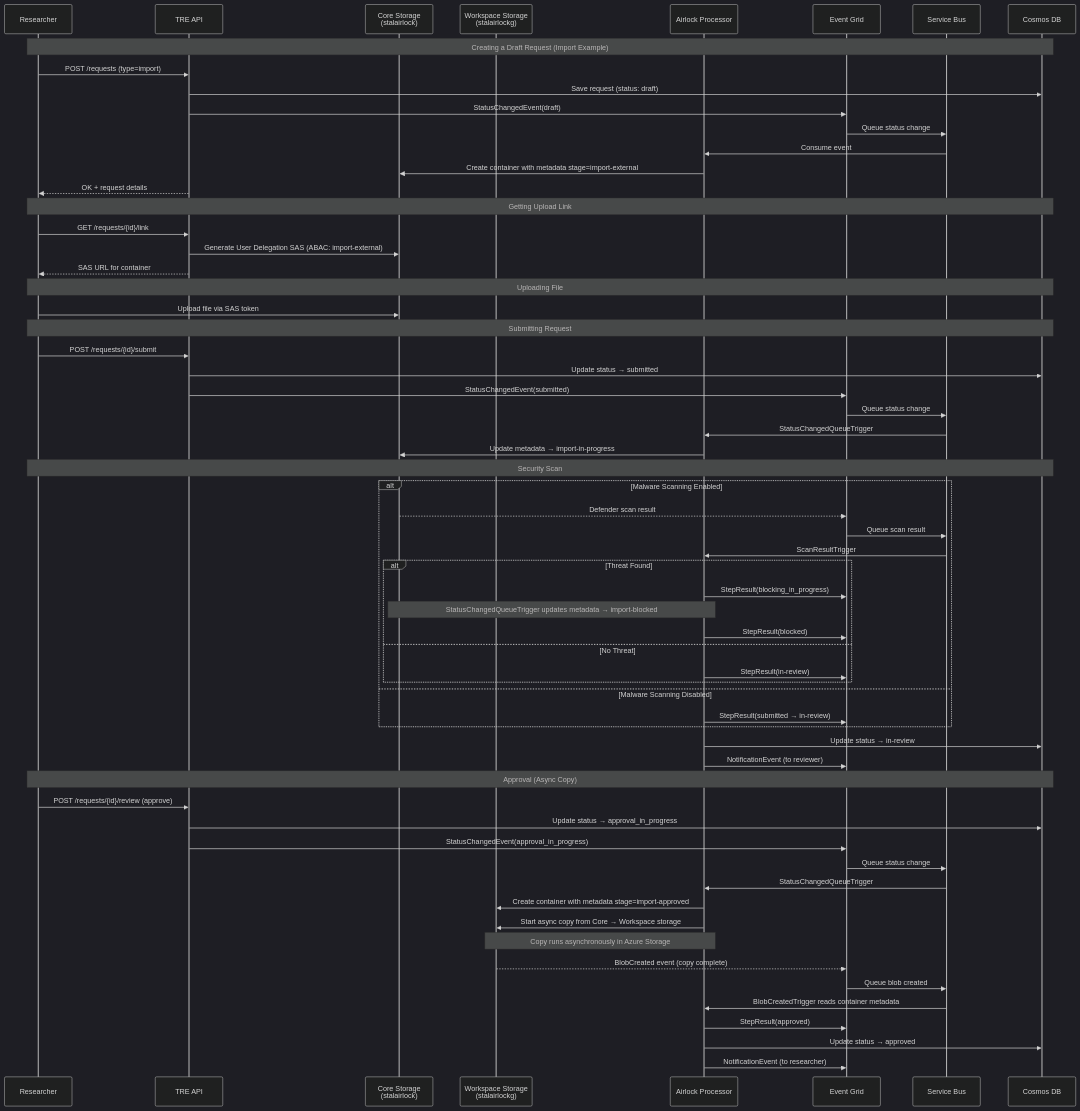
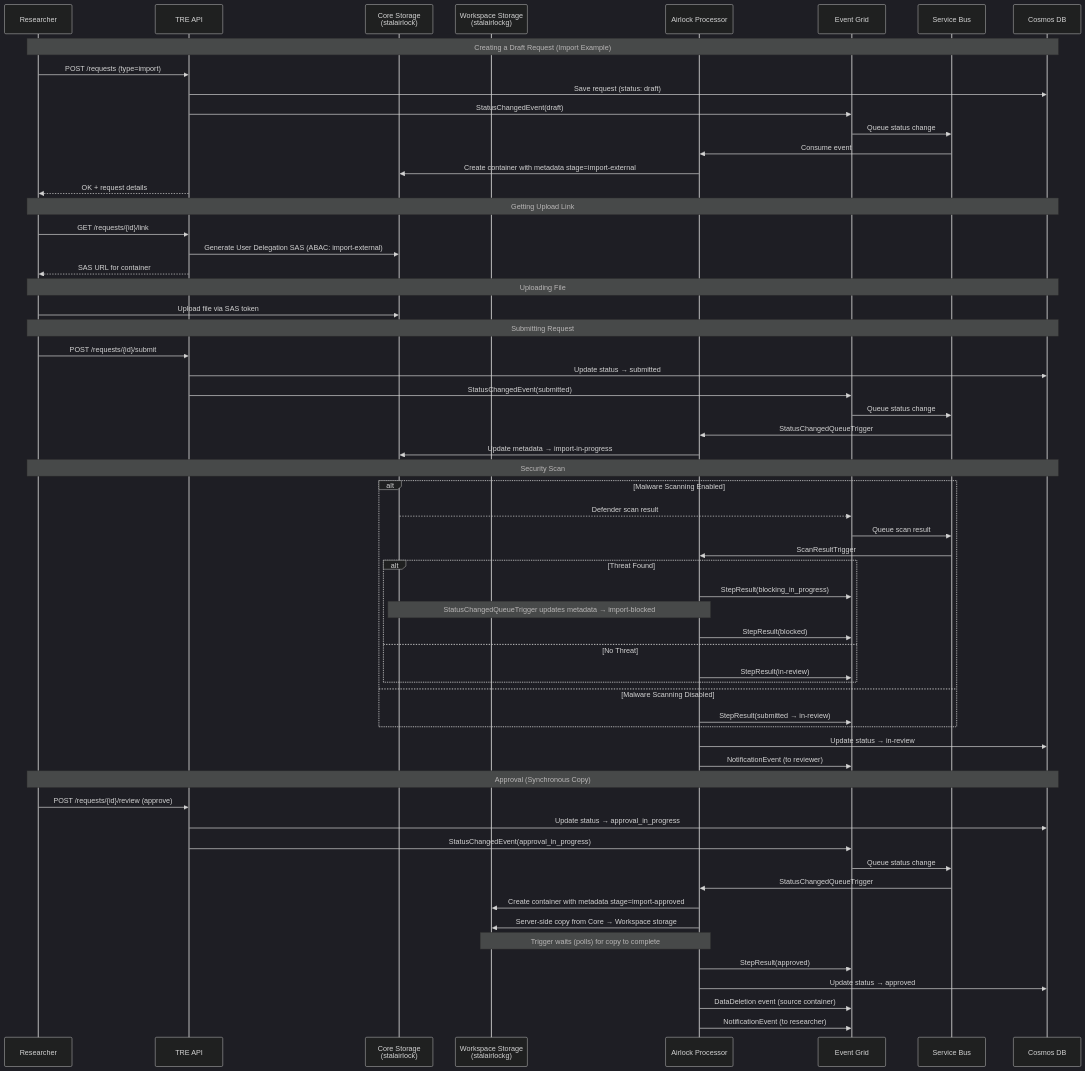
Before and after one commit to microsoft/AzureTRE: the sixth of 7 diagrams in docs/azure-tre-overview/airlock.md, drawn with Mermaid (dark theme). The commit also changed other lines of this file, not shown here.

Commit message:
Update airlock v2 docs to describe synchronous cross-account copy completion

````diff
--- a/docs/azure-tre-overview/airlock.md
+++ b/docs/azure-tre-overview/airlock.md
@@ -388,70 +388,68 @@
 ```mermaid
 sequenceDiagram
     participant R as Researcher
     participant API as TRE API
     participant CS as Core Storage<br/>(stalairlock)
     participant WS as Workspace Storage<br/>(stalairlockg)
     participant AP as Airlock Processor
     participant EG as Event Grid
     participant SB as Service Bus
     participant DB as Cosmos DB
 
     Note over R,DB: Creating a Draft Request (Import Example)
     R->>API: POST /requests (type=import)
     API->>DB: Save request (status: draft)
     API->>EG: StatusChangedEvent(draft)
     EG->>SB: Queue status change
     SB->>AP: Consume event
     AP->>CS: Create container with metadata stage=import-external
     API-->>R: OK + request details
 
     Note over R,DB: Getting Upload Link
     R->>API: GET /requests/{id}/link
     API->>CS: Generate User Delegation SAS (ABAC: import-external)
     API-->>R: SAS URL for container
 
     Note over R,DB: Uploading File
     R->>CS: Upload file via SAS token
 
     Note over R,DB: Submitting Request
     R->>API: POST /requests/{id}/submit
     API->>DB: Update status → submitted
     API->>EG: StatusChangedEvent(submitted)
     EG->>SB: Queue status change
     SB->>AP: StatusChangedQueueTrigger
     AP->>CS: Update metadata → import-in-progress
 
     Note over R,DB: Security Scan
     alt Malware Scanning Enabled
         CS-->>EG: Defender scan result
         EG->>SB: Queue scan result
         SB->>AP: ScanResultTrigger
         alt Threat Found
             AP->>EG: StepResult(blocking_in_progress)
             Note over AP,CS: StatusChangedQueueTrigger updates metadata → import-blocked
             AP->>EG: StepResult(blocked)
         else No Threat
             AP->>EG: StepResult(in-review)
         end
     else Malware Scanning Disabled
         AP->>EG: StepResult(submitted → in-review)
     end
     AP->>DB: Update status → in-review
     AP->>EG: NotificationEvent (to reviewer)
 
-    Note over R,DB: Approval (Async Copy)
+    Note over R,DB: Approval (Synchronous Copy)
     R->>API: POST /requests/{id}/review (approve)
     API->>DB: Update status → approval_in_progress
     API->>EG: StatusChangedEvent(approval_in_progress)
     EG->>SB: Queue status change
     SB->>AP: StatusChangedQueueTrigger
     AP->>WS: Create container with metadata stage=import-approved
-    AP->>WS: Start async copy from Core → Workspace storage
-    Note over AP,WS: Copy runs asynchronously in Azure Storage
-    WS-->>EG: BlobCreated event (copy complete)
-    EG->>SB: Queue blob created
-    SB->>AP: BlobCreatedTrigger reads container metadata
+    AP->>WS: Server-side copy from Core → Workspace storage
+    Note over AP,WS: Trigger waits (polls) for copy to complete
     AP->>EG: StepResult(approved)
     AP->>DB: Update status → approved
+    AP->>EG: DataDeletion event (source container)
     AP->>EG: NotificationEvent (to researcher)
 ```
````
